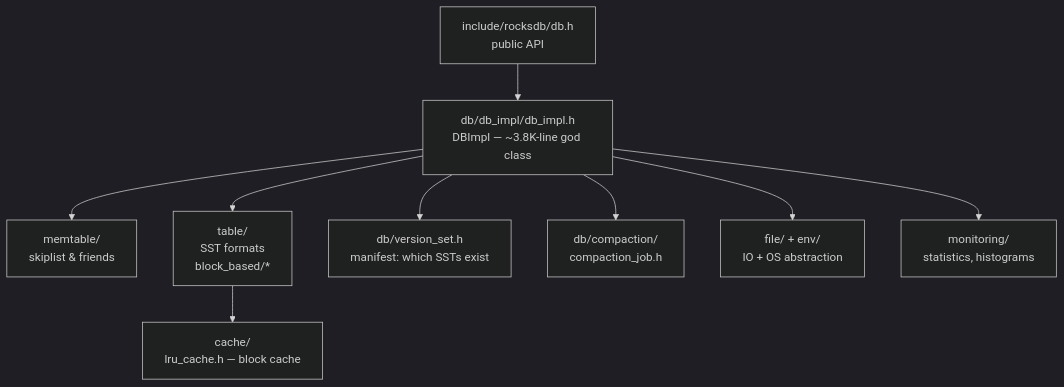
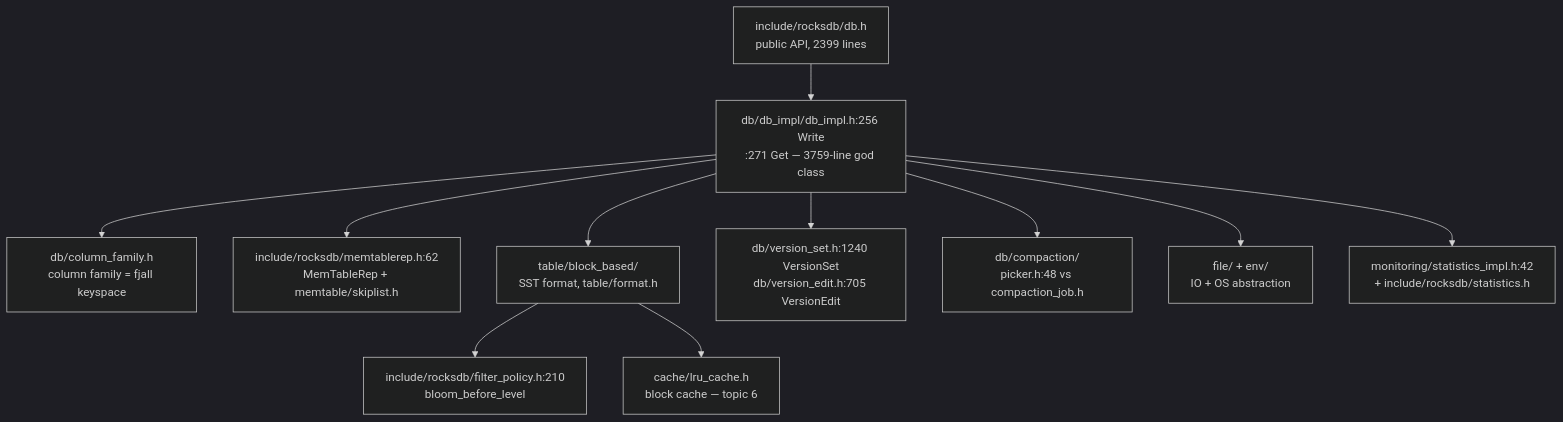
One commit to AviAvni/database-learning-path changed the diagram in topics/01-storage-engine-landscape/reading-rocksdb-layout.md. Above: the diagram before and after it, drawn with Mermaid (dark theme). The commit also changed other lines of this file and 7 other files, not shown here.

````diff
--- a/topics/01-storage-engine-landscape/reading-rocksdb-layout.md
+++ b/topics/01-storage-engine-landscape/reading-rocksdb-layout.md
@@ -106,11 +245,13 @@
 ```mermaid
 flowchart TB
-    API["include/rocksdb/db.h<br/>public API"] --> DBI["db/db_impl/db_impl.h<br/>DBImpl — ~3.8K-line god class"]
-    DBI --> MEM["memtable/<br/>skiplist & friends"]
-    DBI --> TAB["table/<br/>SST formats<br/>block_based/*"]
-    DBI --> VS["db/version_set.h<br/>manifest: which SSTs exist"]
-    DBI --> CMP["db/compaction/<br/>compaction_job.h"]
-    TAB --> CACHE["cache/<br/>lru_cache.h — block cache"]
+    API["include/rocksdb/db.h<br/>public API, 2399 lines"] --> DBI["db/db_impl/db_impl.h:256 Write<br/>:271 Get — 3759-line god class"]
+    DBI --> CF["db/column_family.h<br/>column family = fjall keyspace"]
+    DBI --> MEM["include/rocksdb/memtablerep.h:62<br/>MemTableRep + memtable/skiplist.h"]
+    DBI --> TAB["table/block_based/<br/>SST format, table/format.h"]
+    DBI --> VS["db/version_set.h:1240 VersionSet<br/>db/version_edit.h:705 VersionEdit"]
+    DBI --> CMP["db/compaction/<br/>picker.h:48 vs compaction_job.h"]
+    TAB --> FILT["include/rocksdb/filter_policy.h:210<br/>bloom_before_level"]
+    TAB --> CACHE["cache/lru_cache.h<br/>block cache — topic 6"]
     DBI --> FILE["file/ + env/<br/>IO + OS abstraction"]
-    DBI --> MON["monitoring/<br/>statistics, histograms"]
+    DBI --> MON["monitoring/statistics_impl.h:42<br/>+ include/rocksdb/statistics.h"]
 ```
````
